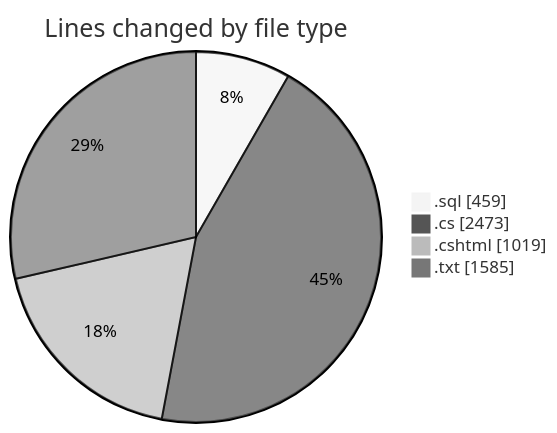
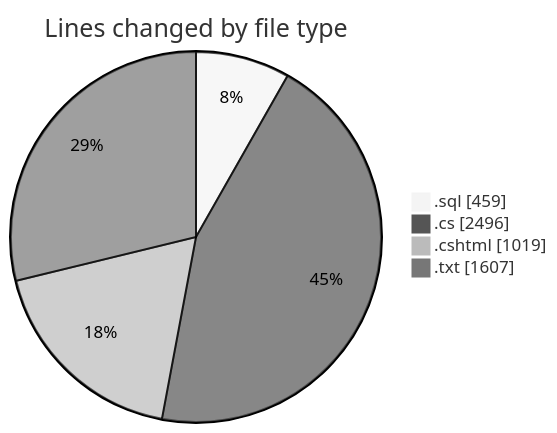
One commit to lephambinh05/code-tracking changed the first of 2 diagrams in 2025-07-23/quanlyrapchieuphim/README.md. Above: the diagram before and after it, drawn with Mermaid (neutral theme). The commit also changed other lines of this file and 1 other file, not shown here.

````diff
--- a/2025-07-23/quanlyrapchieuphim/README.md
+++ b/2025-07-23/quanlyrapchieuphim/README.md
@@ -32,8 +32,8 @@
 ```mermaid
 pie showData
 title Lines changed by file type
 ".sql" : 459
-".cs" : 2473
+".cs" : 2496
 ".cshtml" : 1019
-".txt" : 1585
+".txt" : 1607
 ```
````
